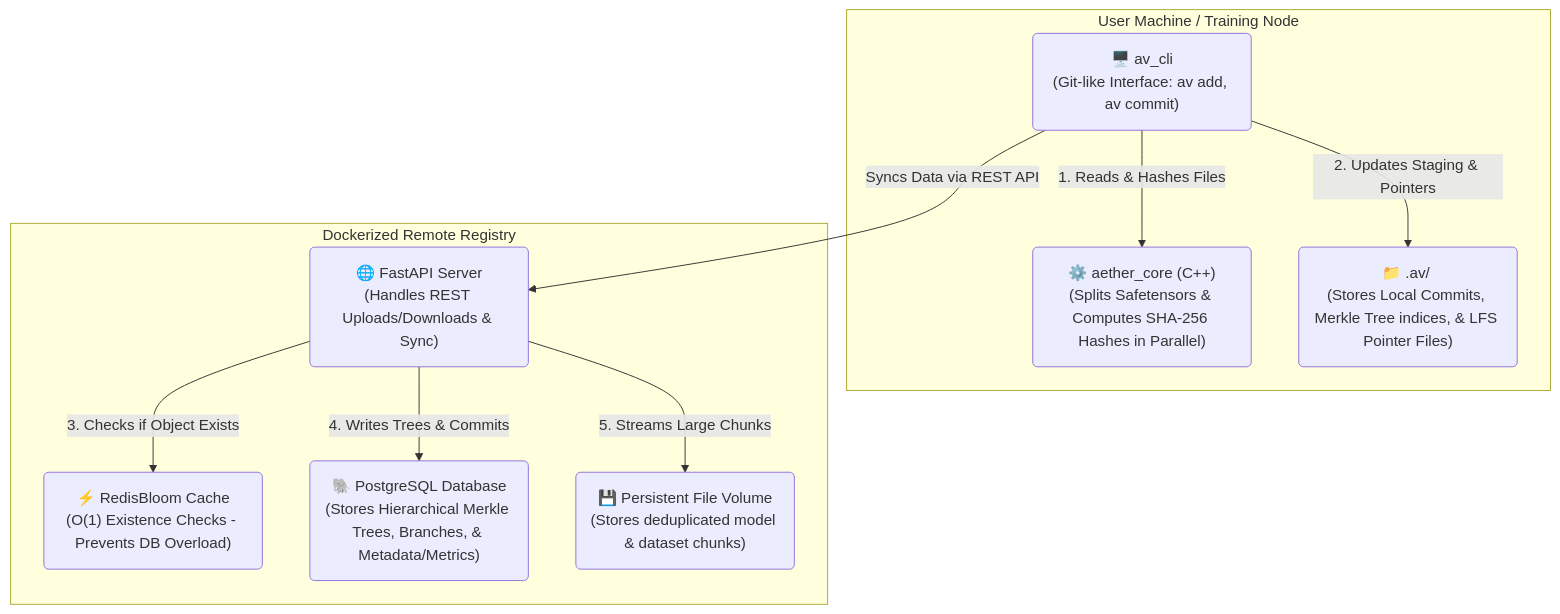
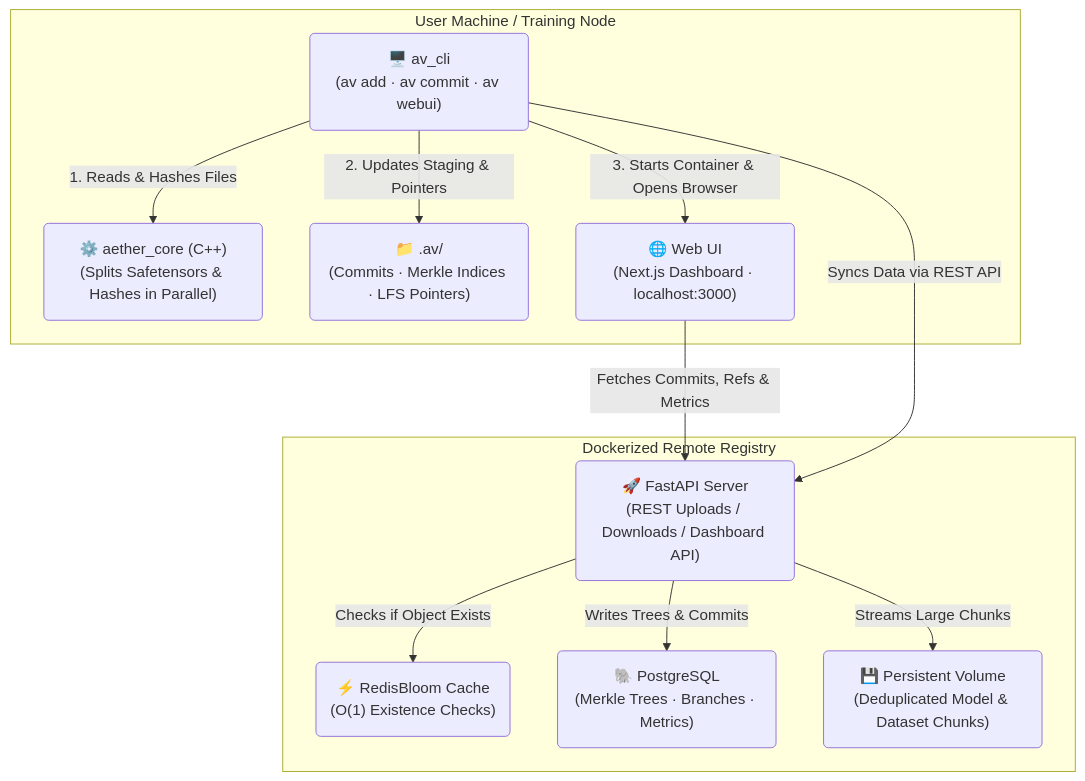
The diagram in README.md (leon1706-lol/Aether-Vault), drawn with Mermaid before and after one commit. The commit also changed other lines of this file, not shown here.

````diff
--- a/README.md
+++ b/README.md
@@ -22,26 +26,29 @@
 ```mermaid
 graph TD
     %% Local Environment
     subgraph Local [User Machine / Training Node]
-        CLI("🖥️ av_cli<br>(Git-like Interface: av add, av commit)")
-        CPP("⚙️ aether_core (C++)<br>(Splits Safetensors & Computes SHA-256 Hashes in Parallel)")
-        LocalDAG("📁 .av/ <br>(Stores Local Commits, Merkle Tree indices, & LFS Pointer Files)")
-        
+        CLI("🖥️ av_cli<br>(av add · av commit · av webui)")
+        CPP("⚙️ aether_core (C++)<br>(Splits Safetensors & Hashes in Parallel)")
+        LocalDAG("📁 .av/<br>(Commits · Merkle Indices · LFS Pointers)")
+        WebUI("🌐 Web UI<br>(Next.js Dashboard · localhost:3000)")
+
         CLI -- "1. Reads & Hashes Files" --> CPP
         CLI -- "2. Updates Staging & Pointers" --> LocalDAG
+        CLI -- "3. Starts Container & Opens Browser" --> WebUI
     end
 
     %% Remote Environment
     subgraph Remote [Dockerized Remote Registry]
-        FastAPI("🌐 FastAPI Server<br>(Handles REST Uploads/Downloads & Sync)")
-        Redis("⚡ RedisBloom Cache<br>(O(1) Existence Checks - Prevents DB Overload)")
-        DB("🐘 PostgreSQL Database<br>(Stores Hierarchical Merkle Trees, Branches, & Metadata/Metrics)")
-        Storage("💾 Persistent File Volume<br>(Stores deduplicated model & dataset chunks)")
-        
-        FastAPI -- "3. Checks if Object Exists" --> Redis
-        FastAPI -- "4. Writes Trees & Commits" --> DB
-        FastAPI -- "5. Streams Large Chunks" --> Storage
+        FastAPI("🚀 FastAPI Server<br>(REST Uploads / Downloads / Dashboard API)")
+        Redis("⚡ RedisBloom Cache<br>(O(1) Existence Checks)")
+        DB("🐘 PostgreSQL<br>(Merkle Trees · Branches · Metrics)")
+        Storage("💾 Persistent Volume<br>(Deduplicated Model & Dataset Chunks)")
+
+        FastAPI -- "Checks if Object Exists" --> Redis
+        FastAPI -- "Writes Trees & Commits" --> DB
+        FastAPI -- "Streams Large Chunks" --> Storage
+        WebUI -- "Fetches Commits, Refs & Metrics" --> FastAPI
     end
 
     CLI -- "Syncs Data via REST API" --> FastAPI
 ```
````
